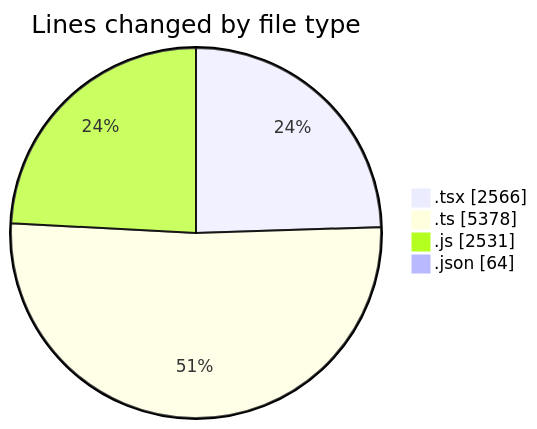
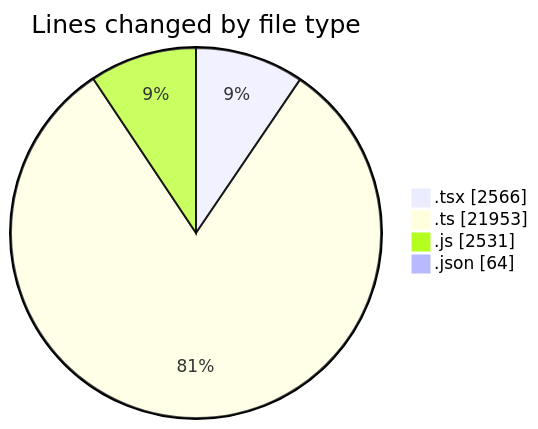
The first of 2 diagrams in 2026-07-30/cda/README.md (momahboobian/code-tracking), drawn with Mermaid before and after one commit. The commit also changed other lines of this file and 1 other file, not shown here.

````diff
--- a/2026-07-30/cda/README.md
+++ b/2026-07-30/cda/README.md
@@ -47,8 +50,8 @@
 ```mermaid
 pie showData
 title Lines changed by file type
 ".tsx" : 2566
-".ts" : 5378
+".ts" : 21953
 ".js" : 2531
 ".json" : 64
 ```
````
